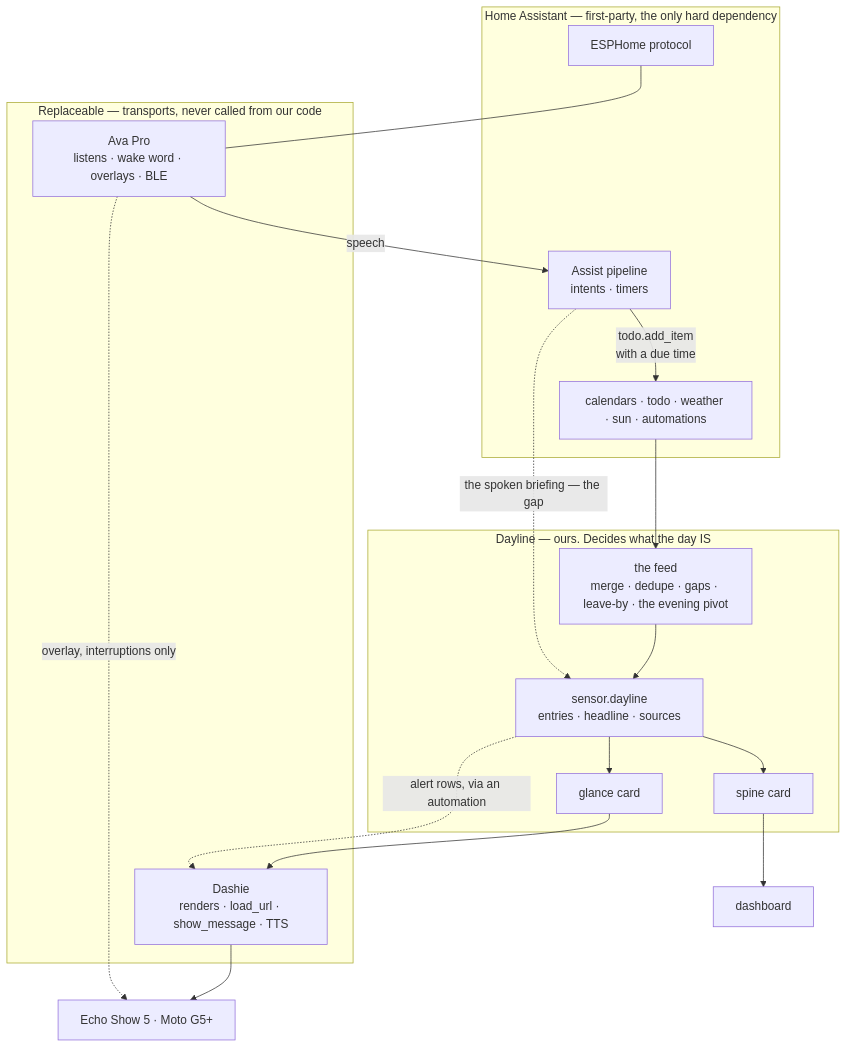
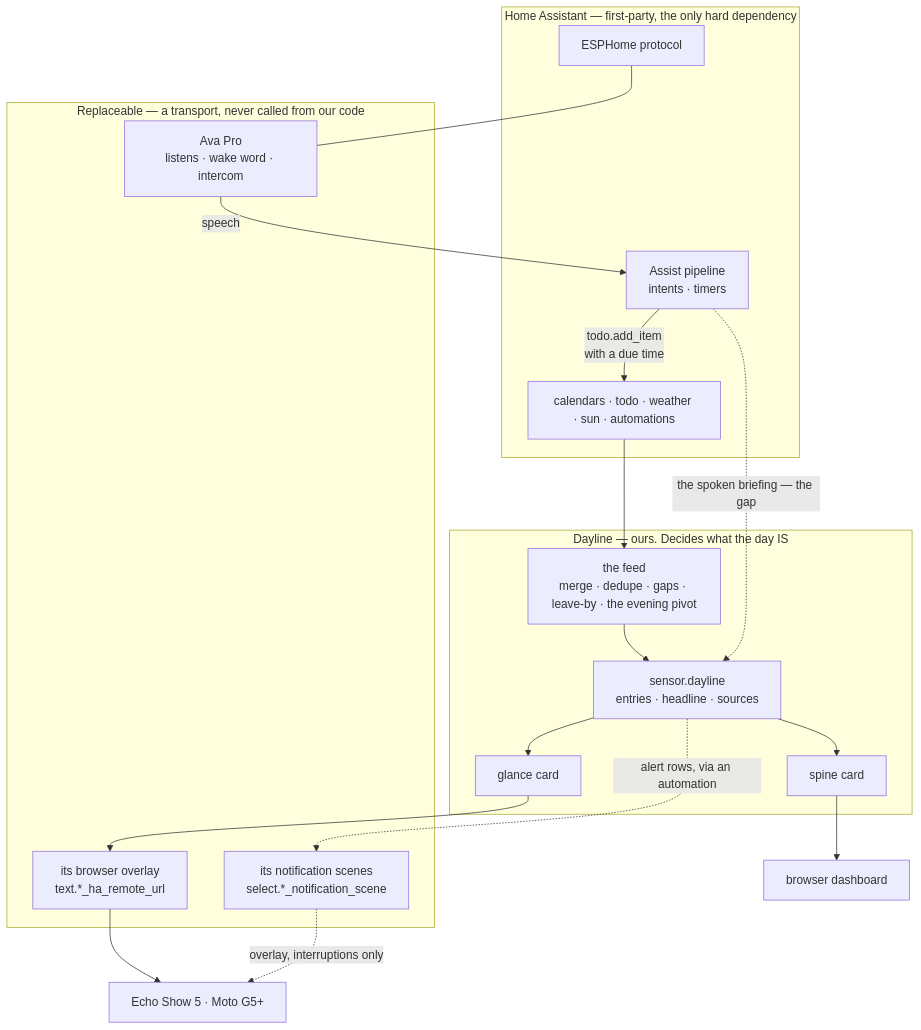
The diagram in ROADMAP.md (bitmux/Dayline), drawn with Mermaid before and after one commit. The commit also changed other lines of this file, not shown here.

First line of the commit message:
roadmap: Ava is the panel, Dashie is out

````diff
--- a/ROADMAP.md
+++ b/ROADMAP.md
@@ -481,31 +483,32 @@
 ```mermaid
 flowchart TB
   subgraph HA["Home Assistant — first-party, the only hard dependency"]
     SRC["calendars · todo · weather · sun · automations"]
     ASSIST["Assist pipeline<br/>intents · timers"]
     ESP["ESPHome protocol"]
   end
 
   subgraph DL["Dayline — ours. Decides what the day IS"]
     FEED["the feed<br/>merge · dedupe · gaps · leave-by · the evening pivot"]
     SENSOR["sensor.dayline<br/>entries · headline · sources"]
     SPINE["spine card"]
     GLANCE["glance card"]
     FEED --> SENSOR --> SPINE & GLANCE
   end
 
-  subgraph VENDOR["Replaceable — transports, never called from our code"]
-    DASHIE["Dashie<br/>renders · load_url · show_message · TTS"]
-    AVA["Ava Pro<br/>listens · wake word · overlays · BLE"]
+  subgraph VENDOR["Replaceable — a transport, never called from our code"]
+    AVA["Ava Pro<br/>listens · wake word · intercom"]
+    BROWSER["its browser overlay<br/>text.*_ha_remote_url"]
+    SCENE["its notification scenes<br/>select.*_notification_scene"]
   end
 
   SRC --> FEED
   ASSIST -->|"todo.add_item<br/>with a due time"| SRC
   ESP --- AVA
   AVA -->|"speech"| ASSIST
-  SPINE --> DASH["dashboard"]
-  GLANCE --> DASHIE --> PANEL["Echo Show 5 · Moto G5+"]
-  AVA -.->|"overlay, interruptions only"| PANEL
-  SENSOR -.->|"alert rows, via an automation"| DASHIE
+  SPINE --> DASH["browser dashboard"]
+  GLANCE --> BROWSER --> PANEL["Echo Show 5 · Moto G5+"]
+  SCENE -.->|"overlay, interruptions only"| PANEL
+  SENSOR -.->|"alert rows, via an automation"| SCENE
   ASSIST -.->|"the spoken briefing — the gap"| SENSOR
 ```
````
